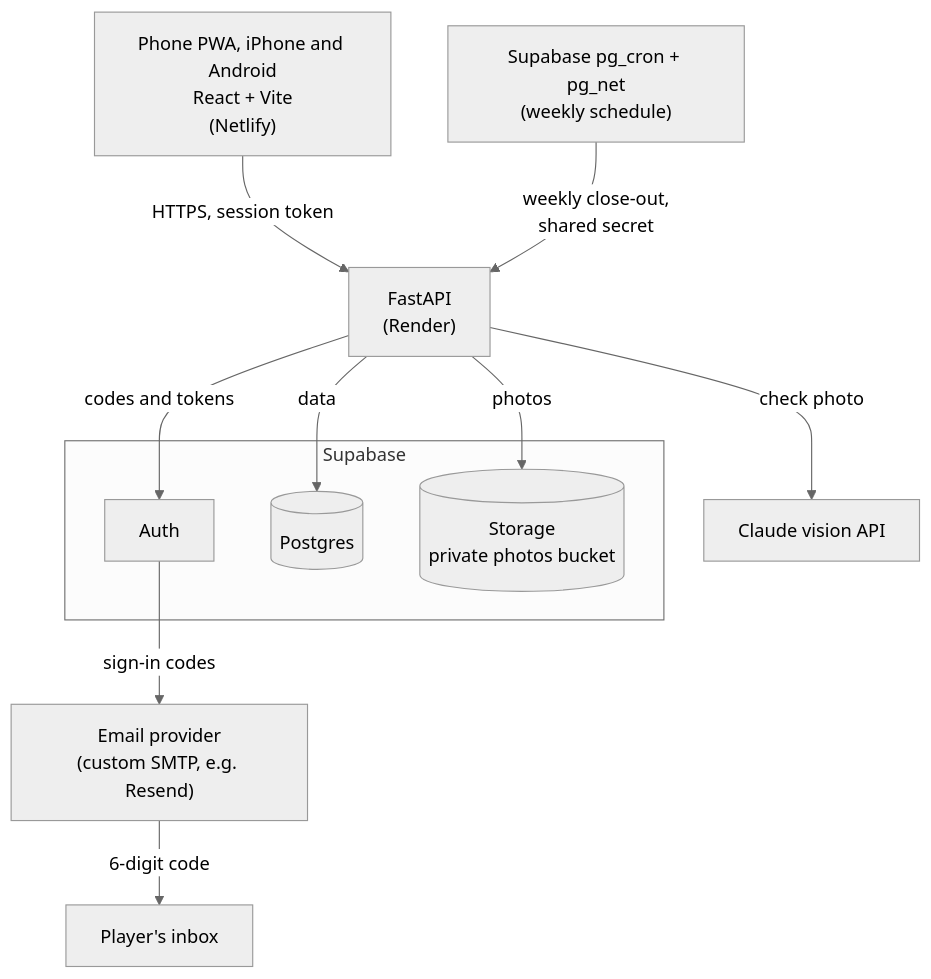
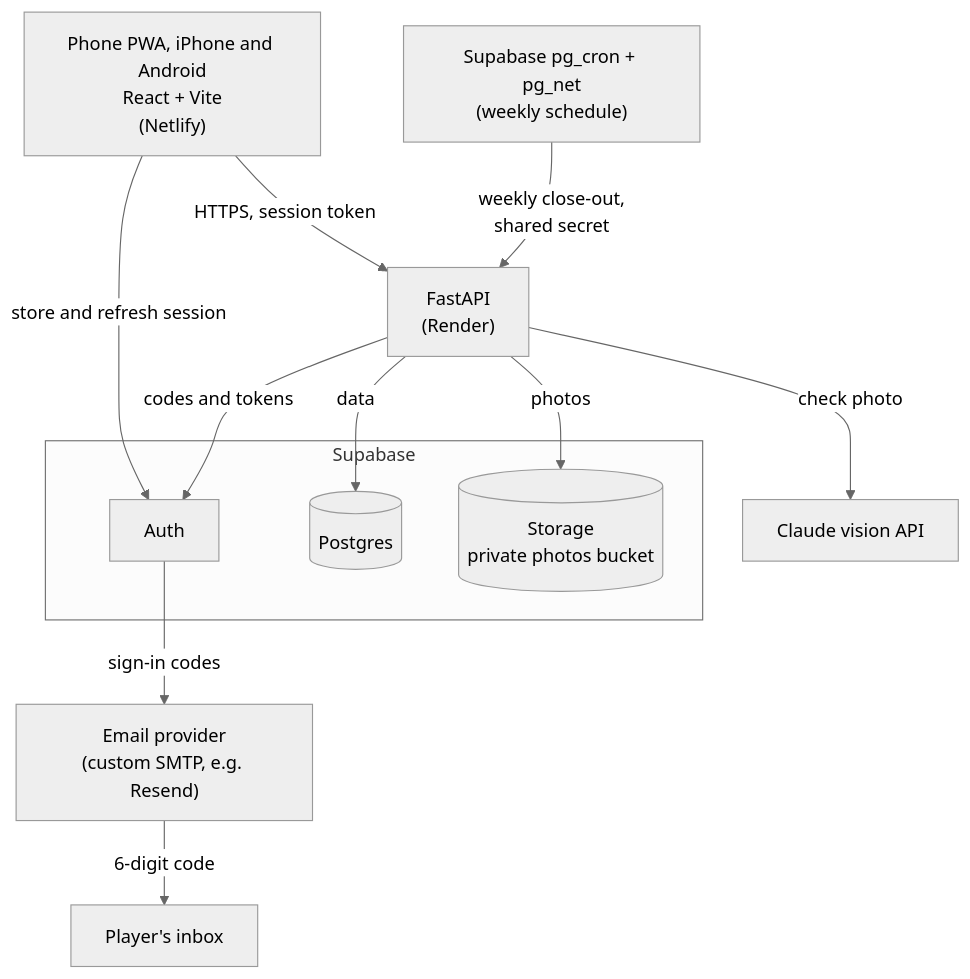
One commit to azamatsmith/soul-search changed the first of 5 diagrams in docs/architecture.md. Above: the diagram before and after it, drawn with Mermaid (neutral theme). The commit also changed other lines of this file and 1 other file, not shown here.

Commit message:
docs: document web supabase env vars and session refresh

````diff
--- a/docs/architecture.md
+++ b/docs/architecture.md
@@ -9,24 +9,25 @@
 ```mermaid
 flowchart TB
     phone["Phone PWA, iPhone and Android<br/>React + Vite<br/>(Netlify)"]
     api["FastAPI<br/>(Render)"]
     claude["Claude vision API"]
     email["Email provider<br/>(custom SMTP, e.g. Resend)"]
     inbox["Player's inbox"]
     cron["Supabase pg_cron + pg_net<br/>(weekly schedule)"]
 
     subgraph supabase["Supabase"]
         auth["Auth"]
         db[("Postgres")]
         storage[("Storage<br/>private photos bucket")]
     end
 
     phone -- "HTTPS, session token" --> api
+    phone -- "store and refresh session" --> auth
     api -- "check photo" --> claude
     api -- "codes and tokens" --> auth
     api -- "data" --> db
     api -- "photos" --> storage
     cron -- "weekly close-out,<br/>shared secret" --> api
     auth -- "sign-in codes" --> email
     email -- "6-digit code" --> inbox
 ```
````
